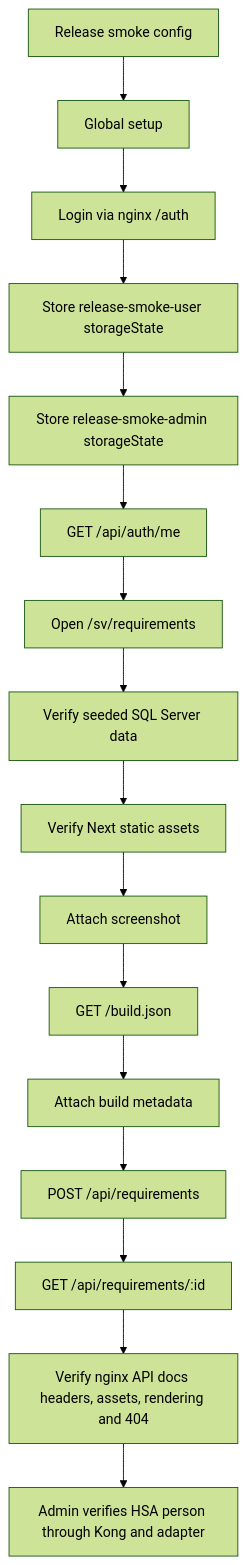
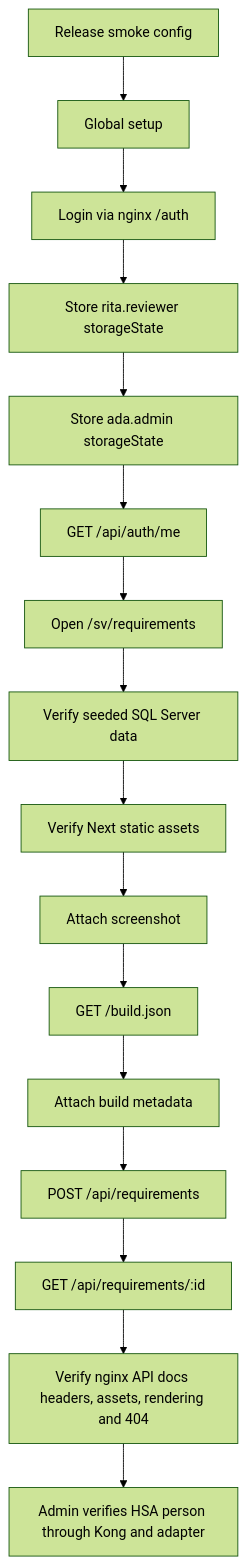
The first of 4 diagrams in tests/release-smoke/release-smoke.md (johlju/Kravhantering), drawn with Mermaid (forest theme) before and after one commit. The commit also changed other lines of this file and 62 other files, not shown here.

````diff
--- a/tests/release-smoke/release-smoke.md
+++ b/tests/release-smoke/release-smoke.md
@@ -38,18 +38,18 @@
 ```mermaid
 flowchart TD
     A[Release smoke config] --> B[Global setup]
     B --> C[Login via nginx /auth]
-    C --> D[Store release-smoke-user storageState]
-    D --> E[Store release-smoke-admin storageState]
+    C --> D[Store rita.reviewer storageState]
+    D --> E[Store ada.admin storageState]
     E --> F[GET /api/auth/me]
     F --> G[Open /sv/requirements]
     G --> H[Verify seeded SQL Server data]
     H --> I[Verify Next static assets]
     I --> J[Attach screenshot]
     J --> K[GET /build.json]
     K --> L[Attach build metadata]
     L --> M[POST /api/requirements]
     M --> N[GET /api/requirements/:id]
     N --> O[Verify nginx API docs headers, assets, rendering and 404]
     O --> P[Admin verifies HSA person through Kong and adapter]
 ```
````
